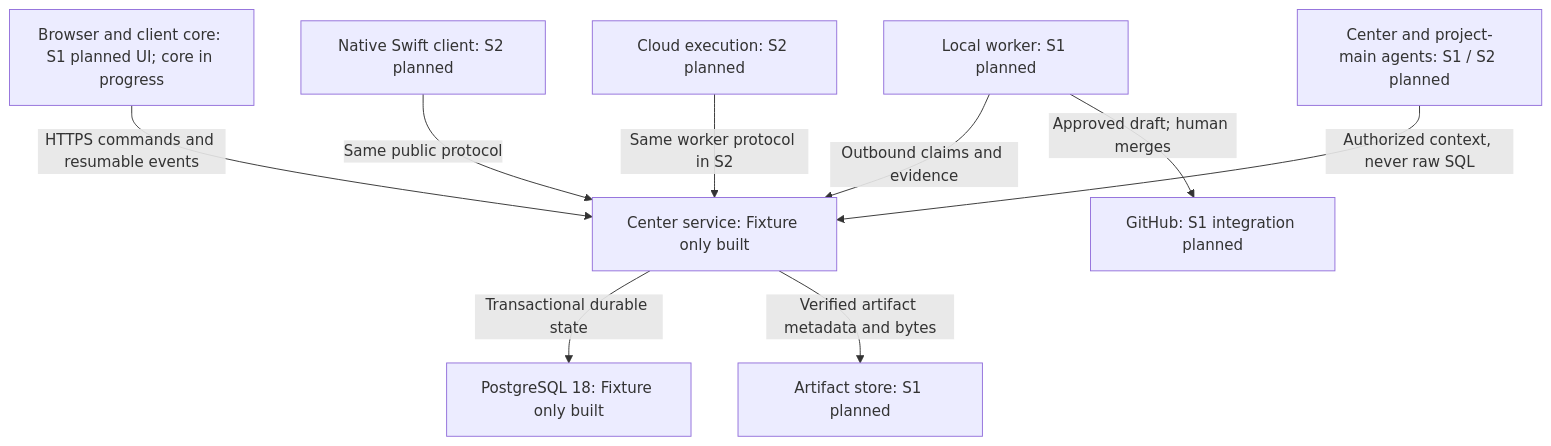
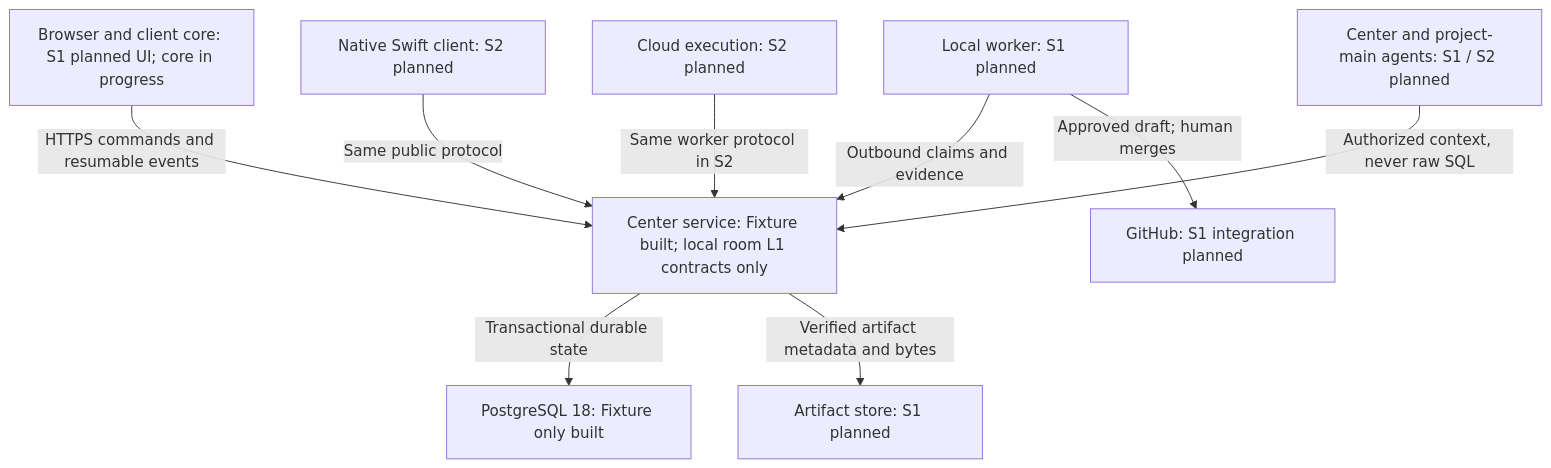
Before and after one commit to tayler-id/agent-team-workspace: the first of 2 diagrams in docs/site/progress.md, drawn with Mermaid. The commit also changed other lines of this file and 39 other files, not shown here.

First line of the commit message:
feat: publish local-room L1 contracts and a typed unsupported send baseline

````diff
--- a/docs/site/progress.md
+++ b/docs/site/progress.md
@@ -19,20 +19,20 @@
 ```mermaid
 flowchart TD
   browser["Browser and client core: S1 planned UI; core in progress"]
-  center["Center service: Fixture only built"]
+  center["Center service: Fixture built; local room L1 contracts only"]
   postgres["PostgreSQL 18: Fixture only built"]
   artifacts["Artifact store: S1 planned"]
   local["Local worker: S1 planned"]
   cloud["Cloud execution: S2 planned"]
   github["GitHub: S1 integration planned"]
   agents["Center and project-main agents: S1 / S2 planned"]
   native["Native Swift client: S2 planned"]
   browser -->|HTTPS commands and resumable events| center
   native -->|Same public protocol| center
   center -->|Transactional durable state| postgres
   center -->|Verified artifact metadata and bytes| artifacts
   local -->|Outbound claims and evidence| center
   cloud -->|Same worker protocol in S2| center
   local -->|Approved draft; human merges| github
   agents -->|Authorized context, never raw SQL| center
 ```
````
